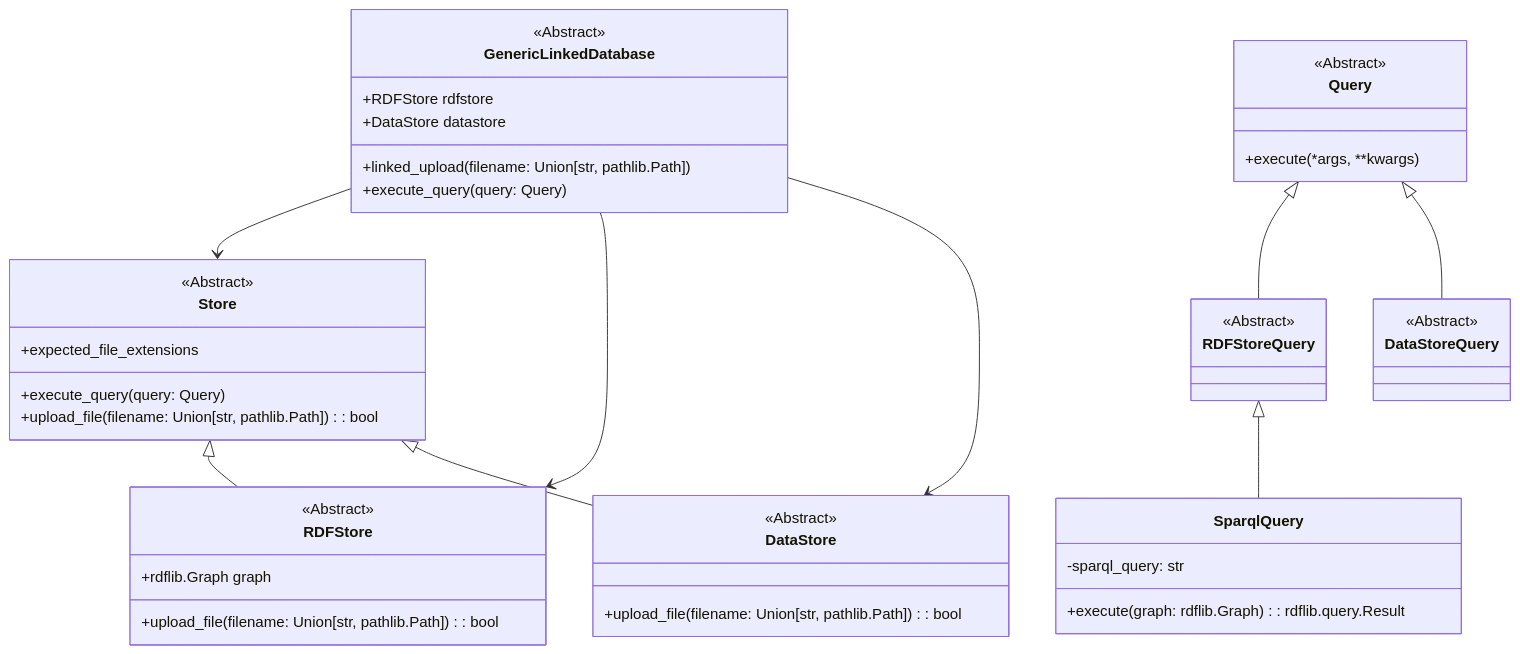
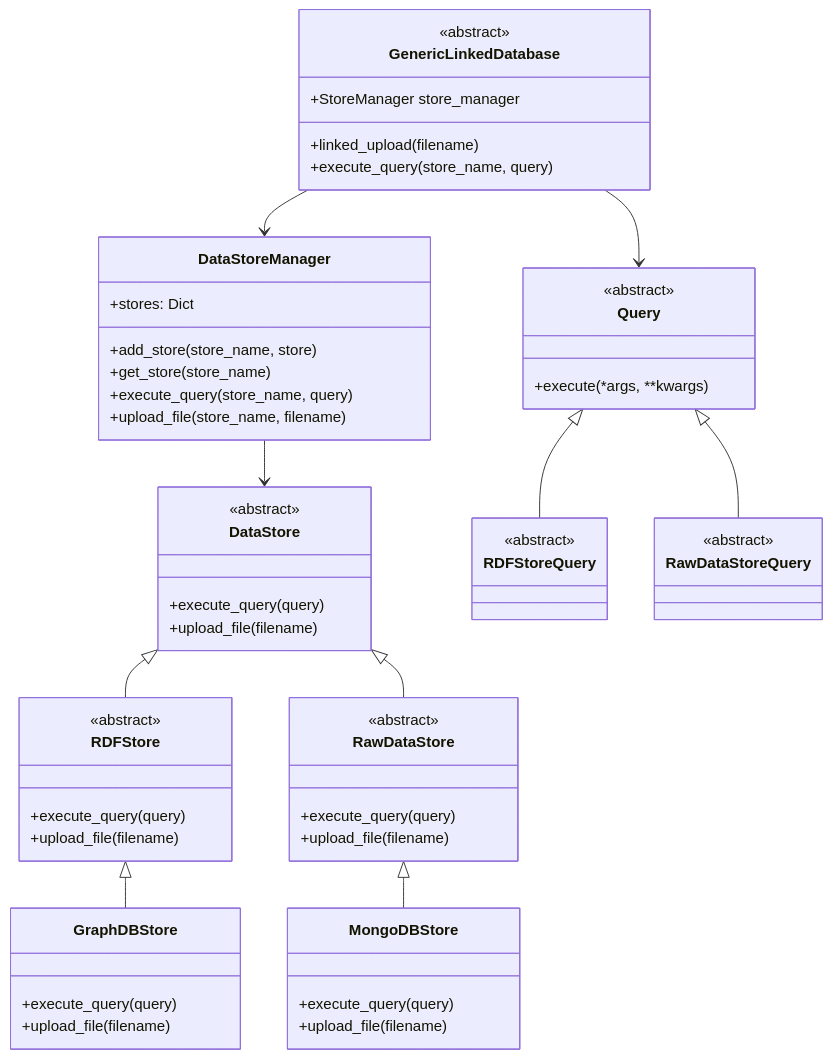
The diagram in README.md (matthiasprobst/generic-linked-database), drawn with Mermaid before and after one commit. The commit also changed other lines of this file and 10 other files, not shown here.

````diff
--- a/README.md
+++ b/README.md
@@ -21,56 +34,69 @@
 ```mermaid
 classDiagram
     class GenericLinkedDatabase {
-        <<Abstract>>
-        +RDFStore rdfstore
-        +DataStore datastore
-        +linked_upload(filename: Union[str, pathlib.Path])
-        +execute_query(query: Query)
+        <<abstract>>
+        +StoreManager store_manager
+        +linked_upload(filename)
+        +execute_query(store_name, query)
     }
 
-    class Store {
-        <<Abstract>>
-        +execute_query(query: Query)
-        +expected_file_extensions
-        +upload_file(filename: Union[str, pathlib.Path]): bool
+    class DataStoreManager {
+        +stores: Dict
+        +add_store(store_name, store)
+        +get_store(store_name)
+        +execute_query(store_name, query)
+        +upload_file(store_name, filename)
+    }
+
+    class DataStore {
+        <<abstract>>
+        +execute_query(query)
+        +upload_file(filename)
     }
 
     class RDFStore {
-        <<Abstract>>
-        +rdflib.Graph graph
-        +upload_file(filename: Union[str, pathlib.Path]): bool
+        <<abstract>>
+        +execute_query(query)
+        +upload_file(filename)
     }
 
-    class DataStore {
-        <<Abstract>>
-        +upload_file(filename: Union[str, pathlib.Path]): bool
+    class RawDataStore {
+        <<abstract>>
+        +execute_query(query)
+        +upload_file(filename)
+    }
+
+    class GraphDBStore {
+        +execute_query(query)
+        +upload_file(filename)
+    }
+
+    class MongoDBStore {
+        +execute_query(query)
+        +upload_file(filename)
     }
 
     class Query {
-        <<Abstract>>
+        <<abstract>>
         +execute(*args, **kwargs)
     }
 
     class RDFStoreQuery {
-        <<Abstract>>
+        <<abstract>>
     }
 
-    class SparqlQuery {
-        -sparql_query: str
-        +execute(graph: rdflib.Graph): rdflib.query.Result
+    class RawDataStoreQuery {
+        <<abstract>>
     }
 
-    class DataStoreQuery {
-        <<Abstract>>
-    }
-
-    GenericLinkedDatabase --> Store
-    GenericLinkedDatabase --> RDFStore
-    GenericLinkedDatabase --> DataStore
-    Store <|-- RDFStore
-    Store <|-- DataStore
+    %% Relationships
+    GenericLinkedDatabase --> DataStoreManager
+    GenericLinkedDatabase --> Query
+    DataStoreManager --> DataStore
+    DataStore <|-- RDFStore
+    DataStore <|-- RawDataStore
+    RDFStore <|-- GraphDBStore
+    RawDataStore <|-- MongoDBStore
     Query <|-- RDFStoreQuery
-    Query <|-- DataStoreQuery
-    RDFStoreQuery <|-- SparqlQuery
-
+    Query <|-- RawDataStoreQuery
 ```
````
